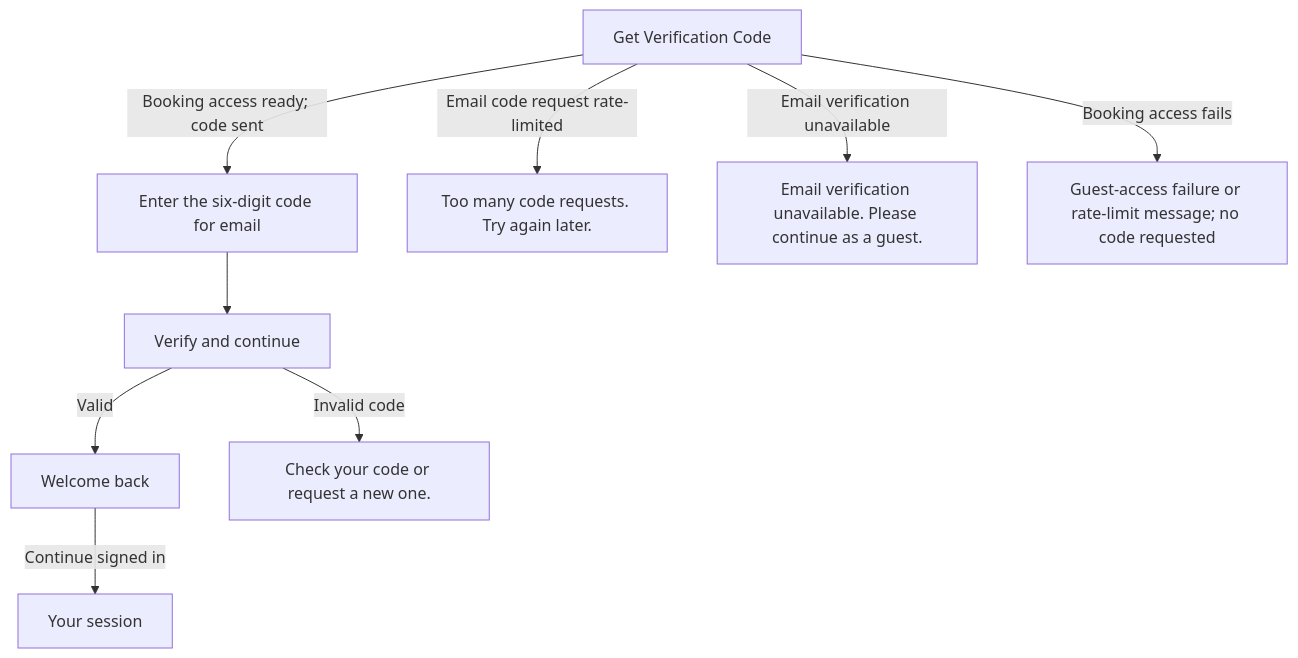
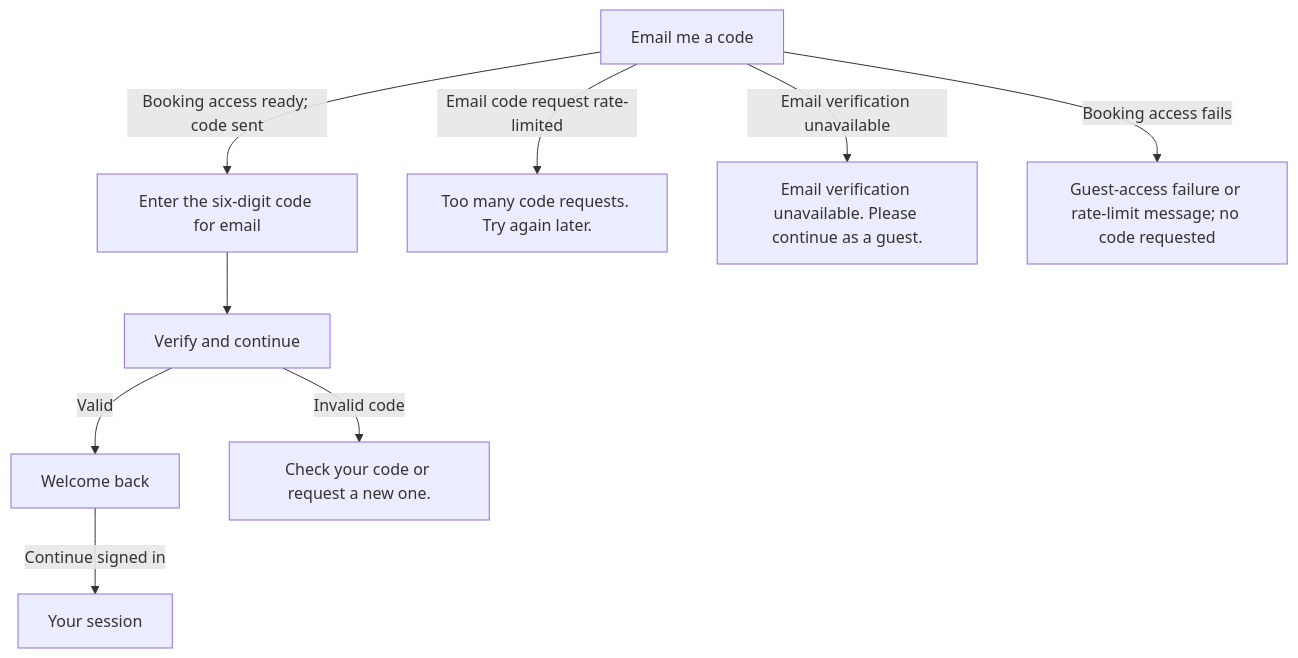
The second of 19 diagrams in docs/booking-flows.md (soccerbotstudiosg/soccerbotstudioSG), drawn with Mermaid before and after one commit. The commit also changed other lines of this file and 49 other files, not shown here.

````diff
--- a/docs/booking-flows.md
+++ b/docs/booking-flows.md
@@ -45,11 +47,11 @@
 ```mermaid
 flowchart TD
-  A["Get Verification Code"] -->|Booking access ready; code sent| B["Enter the six-digit code for email"]
+  A["Email me a code"] -->|Booking access ready; code sent| B["Enter the six-digit code for email"]
   B --> C["Verify and continue"]
   C -->|Valid| D["Welcome back"]
   D -->|Continue signed in| I["Your session"]
   C -->|Invalid code| E["Check your code or request a new one."]
   A -->|Email code request rate-limited| F["Too many code requests. Try again later."]
   A -->|Email verification unavailable| G["Email verification unavailable. Please continue as a guest."]
   A -->|Booking access fails| H["Guest-access failure or rate-limit message; no code requested"]
 ```
````
